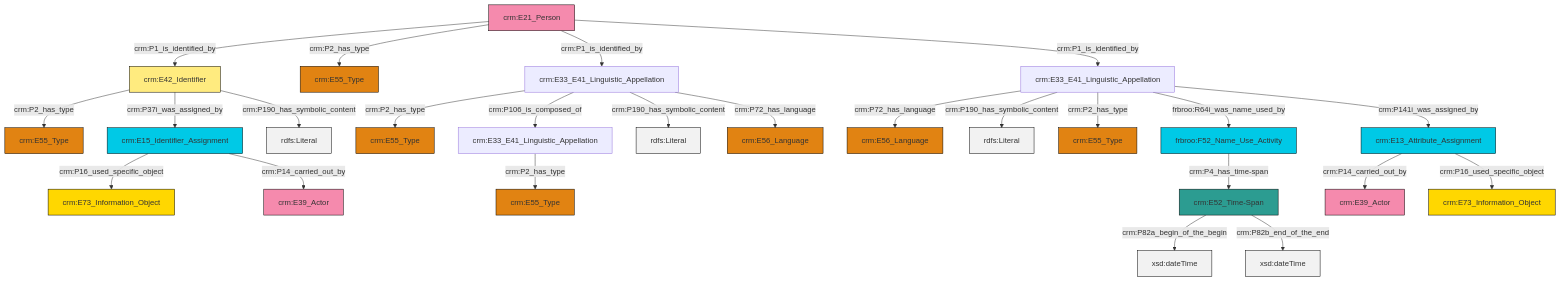
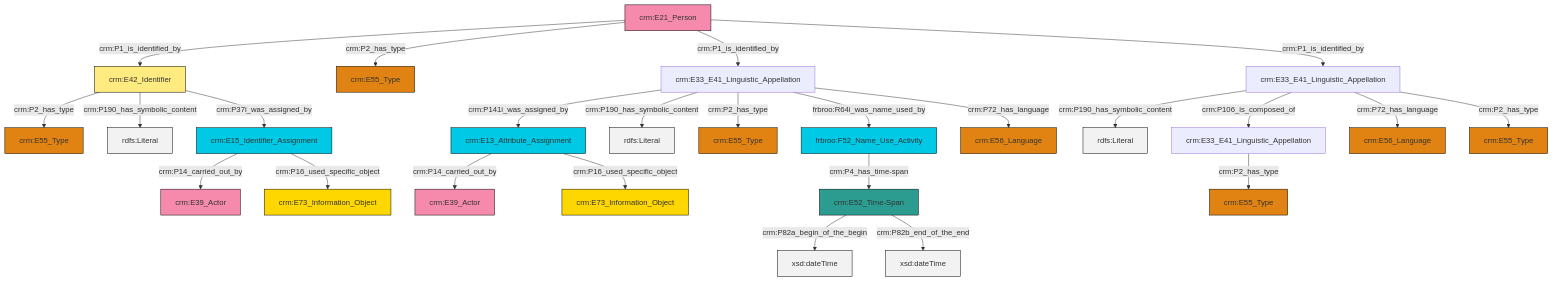
One commit to swiss-art-research-net/docs.swissartresearch changed the diagram in et/personCSV/ttl/mmd/Person_Names_and_Classification.ttl.mmd. Above: the diagram before and after it, drawn with Mermaid. The commit also changed 175 other files, not shown here.

```diff
--- a/et/personCSV/ttl/mmd/Person_Names_and_Classification.ttl.mmd
+++ b/et/personCSV/ttl/mmd/Person_Names_and_Classification.ttl.mmd
@@ -1,39 +1,39 @@
 graph TD
 classDef Literal fill:#f2f2f2,stroke:#000000;
 classDef CRM_Entity fill:#FFFFFF,stroke:#000000;
 classDef Temporal_Entity fill:#00C9E6, stroke:#000000;
 classDef Type fill:#E18312, stroke:#000000;
 classDef Time-Span fill:#2C9C91, stroke:#000000;
 classDef Appellation fill:#FFEB7F, stroke:#000000;
 classDef Place fill:#008836, stroke:#000000;
 classDef Persistent_Item fill:#B266B2, stroke:#000000;
 classDef Conceptual_Object fill:#FFD700, stroke:#000000;
 classDef Physical_Thing fill:#D2B48C, stroke:#000000;
 classDef Actor fill:#f58aad, stroke:#000000;
 classDef PC_Classes fill:#4ce600, stroke:#000000;
 classDef Multi fill:#cccccc,stroke:#000000;
 
-2["crm:E33_E41_Linguistic_Appellation"]:::Default -->|crm:P72_has_language| 3["crm:E56_Language"]:::Type
-4["crm:E21_Person"]:::Actor -->|crm:P1_is_identified_by| 5["crm:E42_Identifier"]:::Appellation
-6["frbroo:F52_Name_Use_Activity"]:::Temporal_Entity -->|crm:P4_has_time-span| 10["crm:E52_Time-Span"]:::Time-Span
-12["crm:E13_Attribute_Assignment"]:::Temporal_Entity -->|crm:P14_carried_out_by| 8["crm:E39_Actor"]:::Actor
-4["crm:E21_Person"]:::Actor -->|crm:P2_has_type| 13["crm:E55_Type"]:::Type
-19["crm:E33_E41_Linguistic_Appellation"]:::Default -->|crm:P2_has_type| 14["crm:E55_Type"]:::Type
-4["crm:E21_Person"]:::Actor -->|crm:P1_is_identified_by| 19["crm:E33_E41_Linguistic_Appellation"]:::Default
-19["crm:E33_E41_Linguistic_Appellation"]:::Default -->|crm:P106_is_composed_of| 24["crm:E33_E41_Linguistic_Appellation"]:::Default
-10["crm:E52_Time-Span"]:::Time-Span -->|crm:P82a_begin_of_the_begin| 25[xsd:dateTime]:::Literal
-24["crm:E33_E41_Linguistic_Appellation"]:::Default -->|crm:P2_has_type| 20["crm:E55_Type"]:::Type
-5["crm:E42_Identifier"]:::Appellation -->|crm:P2_has_type| 27["crm:E55_Type"]:::Type
-2["crm:E33_E41_Linguistic_Appellation"]:::Default -->|crm:P190_has_symbolic_content| 28[rdfs:Literal]:::Literal
-2["crm:E33_E41_Linguistic_Appellation"]:::Default -->|crm:P2_has_type| 16["crm:E55_Type"]:::Type
-2["crm:E33_E41_Linguistic_Appellation"]:::Default -->|frbroo:R64i_was_name_used_by| 6["frbroo:F52_Name_Use_Activity"]:::Temporal_Entity
-19["crm:E33_E41_Linguistic_Appellation"]:::Default -->|crm:P190_has_symbolic_content| 32[rdfs:Literal]:::Literal
-4["crm:E21_Person"]:::Actor -->|crm:P1_is_identified_by| 2["crm:E33_E41_Linguistic_Appellation"]:::Default
-5["crm:E42_Identifier"]:::Appellation -->|crm:P37i_was_assigned_by| 0["crm:E15_Identifier_Assignment"]:::Temporal_Entity
-2["crm:E33_E41_Linguistic_Appellation"]:::Default -->|crm:P141i_was_assigned_by| 12["crm:E13_Attribute_Assignment"]:::Temporal_Entity
-5["crm:E42_Identifier"]:::Appellation -->|crm:P190_has_symbolic_content| 37[rdfs:Literal]:::Literal
-0["crm:E15_Identifier_Assignment"]:::Temporal_Entity -->|crm:P16_used_specific_object| 30["crm:E73_Information_Object"]:::Conceptual_Object
-0["crm:E15_Identifier_Assignment"]:::Temporal_Entity -->|crm:P14_carried_out_by| 22["crm:E39_Actor"]:::Actor
-19["crm:E33_E41_Linguistic_Appellation"]:::Default -->|crm:P72_has_language| 38["crm:E56_Language"]:::Type
-10["crm:E52_Time-Span"]:::Time-Span -->|crm:P82b_end_of_the_end| 42[xsd:dateTime]:::Literal
-12["crm:E13_Attribute_Assignment"]:::Temporal_Entity -->|crm:P16_used_specific_object| 43["crm:E73_Information_Object"]:::Conceptual_Object
+0["crm:E21_Person"]:::Actor -->|crm:P1_is_identified_by| 1["crm:E42_Identifier"]:::Appellation
+0["crm:E21_Person"]:::Actor -->|crm:P2_has_type| 6["crm:E55_Type"]:::Type
+2["crm:E15_Identifier_Assignment"]:::Temporal_Entity -->|crm:P14_carried_out_by| 9["crm:E39_Actor"]:::Actor
+1["crm:E42_Identifier"]:::Appellation -->|crm:P2_has_type| 13["crm:E55_Type"]:::Type
+24["crm:E33_E41_Linguistic_Appellation"]:::Default -->|crm:P141i_was_assigned_by| 25["crm:E13_Attribute_Assignment"]:::Temporal_Entity
+26["crm:E33_E41_Linguistic_Appellation"]:::Default -->|crm:P190_has_symbolic_content| 27[rdfs:Literal]:::Literal
+24["crm:E33_E41_Linguistic_Appellation"]:::Default -->|crm:P190_has_symbolic_content| 28[rdfs:Literal]:::Literal
+20["crm:E52_Time-Span"]:::Time-Span -->|crm:P82a_begin_of_the_begin| 31[xsd:dateTime]:::Literal
+25["crm:E13_Attribute_Assignment"]:::Temporal_Entity -->|crm:P14_carried_out_by| 11["crm:E39_Actor"]:::Actor
+24["crm:E33_E41_Linguistic_Appellation"]:::Default -->|crm:P2_has_type| 36["crm:E55_Type"]:::Type
+7["frbroo:F52_Name_Use_Activity"]:::Temporal_Entity -->|crm:P4_has_time-span| 20["crm:E52_Time-Span"]:::Time-Span
+24["crm:E33_E41_Linguistic_Appellation"]:::Default -->|frbroo:R64i_was_name_used_by| 7["frbroo:F52_Name_Use_Activity"]:::Temporal_Entity
+1["crm:E42_Identifier"]:::Appellation -->|crm:P190_has_symbolic_content| 39[rdfs:Literal]:::Literal
+26["crm:E33_E41_Linguistic_Appellation"]:::Default -->|crm:P106_is_composed_of| 14["crm:E33_E41_Linguistic_Appellation"]:::Default
+26["crm:E33_E41_Linguistic_Appellation"]:::Default -->|crm:P72_has_language| 16["crm:E56_Language"]:::Type
+0["crm:E21_Person"]:::Actor -->|crm:P1_is_identified_by| 24["crm:E33_E41_Linguistic_Appellation"]:::Default
+24["crm:E33_E41_Linguistic_Appellation"]:::Default -->|crm:P72_has_language| 22["crm:E56_Language"]:::Type
+14["crm:E33_E41_Linguistic_Appellation"]:::Default -->|crm:P2_has_type| 34["crm:E55_Type"]:::Type
+20["crm:E52_Time-Span"]:::Time-Span -->|crm:P82b_end_of_the_end| 42[xsd:dateTime]:::Literal
+25["crm:E13_Attribute_Assignment"]:::Temporal_Entity -->|crm:P16_used_specific_object| 29["crm:E73_Information_Object"]:::Conceptual_Object
+0["crm:E21_Person"]:::Actor -->|crm:P1_is_identified_by| 26["crm:E33_E41_Linguistic_Appellation"]:::Default
+1["crm:E42_Identifier"]:::Appellation -->|crm:P37i_was_assigned_by| 2["crm:E15_Identifier_Assignment"]:::Temporal_Entity
+26["crm:E33_E41_Linguistic_Appellation"]:::Default -->|crm:P2_has_type| 18["crm:E55_Type"]:::Type
+2["crm:E15_Identifier_Assignment"]:::Temporal_Entity -->|crm:P16_used_specific_object| 4["crm:E73_Information_Object"]:::Conceptual_Object
```
